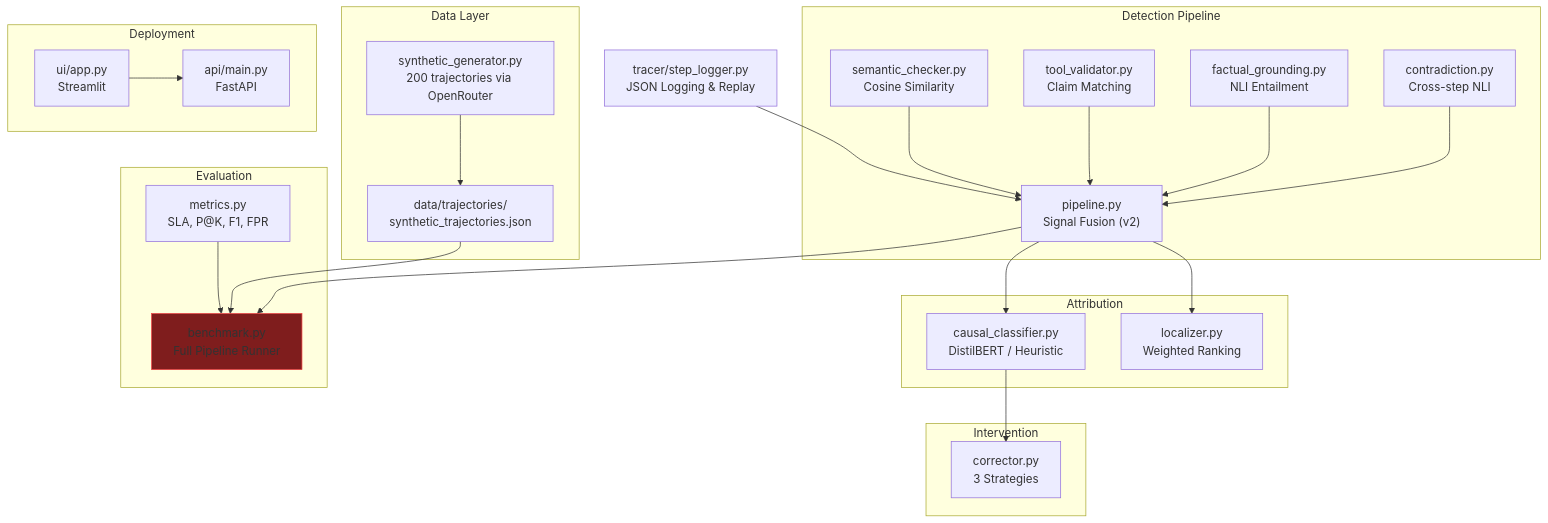
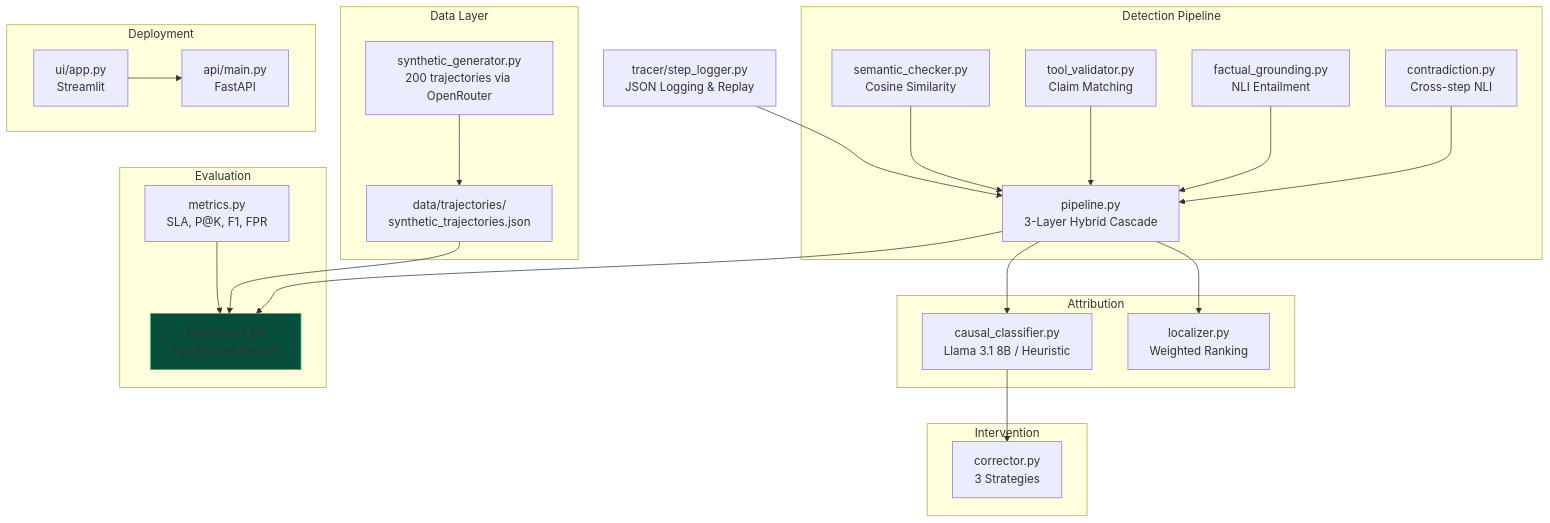
One commit to Soum-Code/agenttrace changed the diagram in PROJECT_STATUS.md. Above: the diagram before and after it, drawn with Mermaid. The commit also changed other lines of this file and 12 other files, not shown here.

````diff
--- a/PROJECT_STATUS.md
+++ b/PROJECT_STATUS.md
@@ -113,50 +108,50 @@
 ```mermaid
 graph TB
     subgraph "Data Layer"
         SG["synthetic_generator.py<br/>200 trajectories via OpenRouter"]
         TD["data/trajectories/<br/>synthetic_trajectories.json"]
         SG --> TD
     end
     
     subgraph "Detection Pipeline"
         SC["semantic_checker.py<br/>Cosine Similarity"]
         TV["tool_validator.py<br/>Claim Matching"]
         FG["factual_grounding.py<br/>NLI Entailment"]
         CD["contradiction.py<br/>Cross-step NLI"]
-        PL["pipeline.py<br/>Signal Fusion (v2)"]
+        PL["pipeline.py<br/>3-Layer Hybrid Cascade"]
         SC --> PL
         TV --> PL
         FG --> PL
         CD --> PL
     end
     
     subgraph "Attribution"
         LOC["localizer.py<br/>Weighted Ranking"]
-        CC["causal_classifier.py<br/>DistilBERT / Heuristic"]
+        CC["causal_classifier.py<br/>Llama 3.1 8B / Heuristic"]
         PL --> LOC
         PL --> CC
     end
     
     subgraph "Intervention"
         COR["corrector.py<br/>3 Strategies"]
         CC --> COR
     end
     
     subgraph "Evaluation"
         MET["metrics.py<br/>SLA, P@K, F1, FPR"]
         BM["benchmark.py<br/>Full Pipeline Runner"]
         TD --> BM
         PL --> BM
         MET --> BM
     end
     
     subgraph "Deployment"
         API["api/main.py<br/>FastAPI"]
         UI["ui/app.py<br/>Streamlit"]
         UI --> API
     end
     
     SL["tracer/step_logger.py<br/>JSON Logging & Replay"] --> PL
     
-    style BM fill:#7f1d1d,stroke:#ef4444
+    style BM fill:#064e3b,stroke:#22c55e
 ```
````
